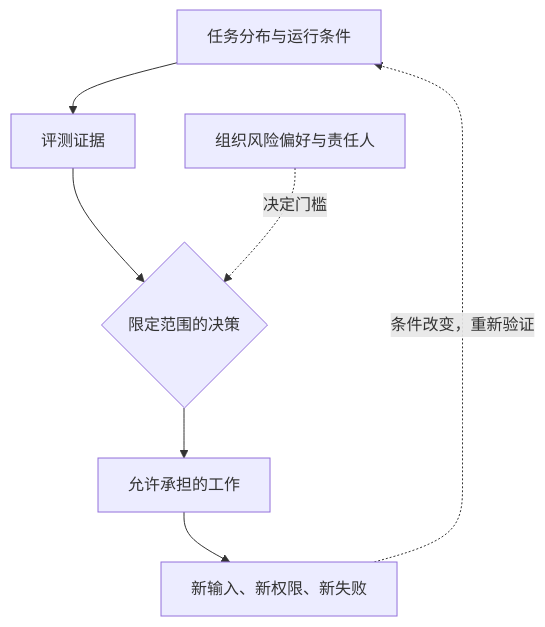
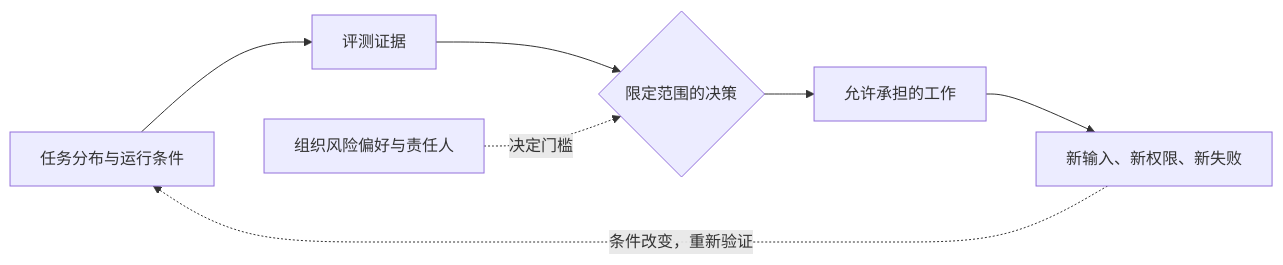
One commit to MarkingYang/aidea-lab changed the diagram in src/content/writing/agent-evaluation-synthesis.md. Above: the diagram before and after it, drawn with Mermaid. The commit also changed 51 other files, not shown here.

````diff
--- a/src/content/writing/agent-evaluation-synthesis.md
+++ b/src/content/writing/agent-evaluation-synthesis.md
@@ -31,9 +31,9 @@
 ```mermaid
-flowchart TB
+flowchart LR
   C[任务分布与运行条件] --> E[评测证据]
   E --> D{限定范围的决策}
   D --> A[允许承担的工作]
   A --> N[新输入、新权限、新失败]
   N -. 条件改变，重新验证 .-> C
   H[组织风险偏好与责任人] -. 决定门槛 .-> D
 ```
````
